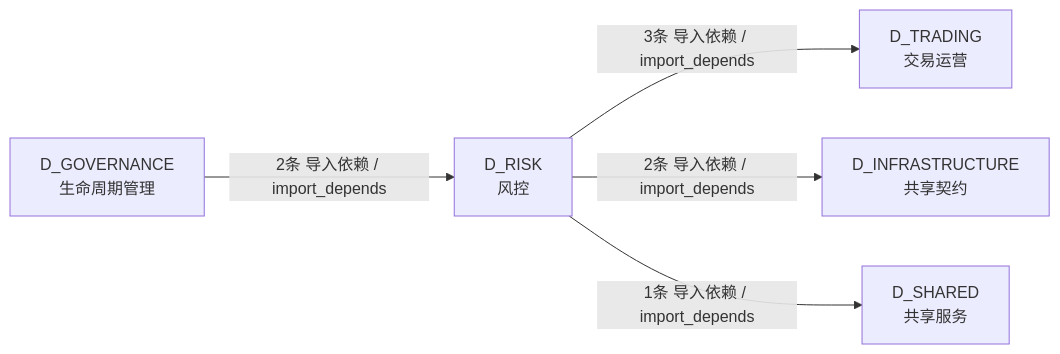
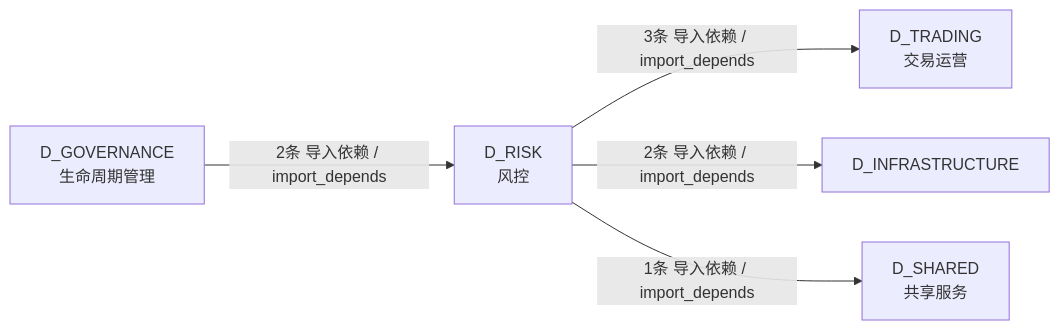
The fourth of 4 diagrams in docs/02_enterprise_architecture/02_domain_architecture_docs/54_d_risk.md (xuanFelixVan/ZephyrAlpha), drawn with Mermaid before and after one commit. The commit also changed other lines of this file and 115 other files, not shown here.

````diff
--- a/docs/02_enterprise_architecture/02_domain_architecture_docs/54_d_risk.md
+++ b/docs/02_enterprise_architecture/02_domain_architecture_docs/54_d_risk.md
@@ -222,12 +222,12 @@
 ```mermaid
 graph LR
     D_RISK["D_RISK<br/>风控"]
     D_TRADING["D_TRADING<br/>交易运营"]
-    D_INFRASTRUCTURE["D_INFRASTRUCTURE<br/>共享契约"]
+    D_INFRASTRUCTURE["D_INFRASTRUCTURE"]
     D_SHARED["D_SHARED<br/>共享服务"]
     D_GOVERNANCE["D_GOVERNANCE<br/>生命周期管理"]
     D_RISK -->|3条 导入依赖 / import_depends| D_TRADING
     D_RISK -->|2条 导入依赖 / import_depends| D_INFRASTRUCTURE
     D_RISK -->|1条 导入依赖 / import_depends| D_SHARED
     D_GOVERNANCE -->|2条 导入依赖 / import_depends| D_RISK
 ```
````
